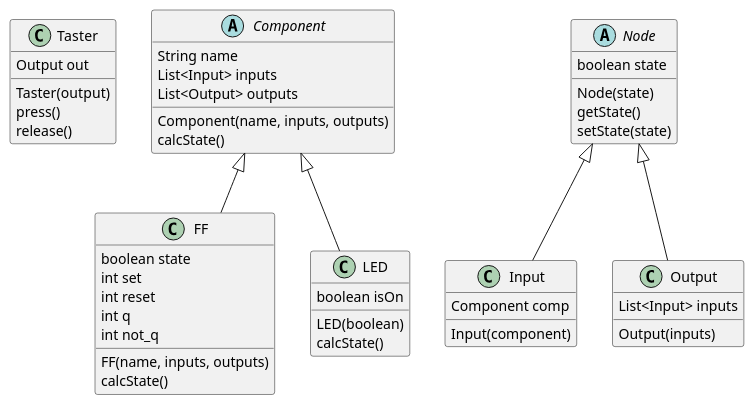
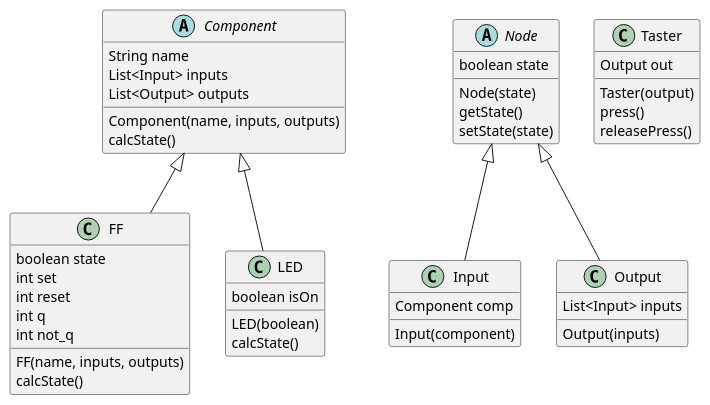
One commit to DavidAngerer/2324_9174_sew5 changed the diagram in src/Flipflop.puml. Above: the diagram before and after it, drawn with PlantUML.

Commit message:
changed uml

```diff
--- a/src/Flipflop.puml
+++ b/src/Flipflop.puml
@@ -1,56 +1,56 @@
 @startuml
-
-class Taster{
-Output out
-Taster(output)
-press()
-release()
-}
 
 abstract class Component {
 String name
 List<Input> inputs
 List<Output> outputs
 Component(name, inputs, outputs)
 calcState()
 }
 
 class Input{
 Component comp
 Input(component)
 }
 
 abstract class Node{
 boolean state
 Node(state)
 getState()
 setState(state)
 }
 
 class Output{
 List<Input> inputs
 Output(inputs)
 }
 
 class FF{
 boolean state
 int set
 int reset
 int q
 int not_q
 FF(name, inputs, outputs)
 calcState()
 }
 
 class LED{
 boolean isOn
 LED(boolean)
 calcState()
 }
 
+class Taster{
+Output out
+Taster(output)
+press()
+releasePress()
+}
+
 Component <|-- LED
 Component <|-- FF
 Node <|-- Output
 Node <|-- Input
 
 @enduml
```
